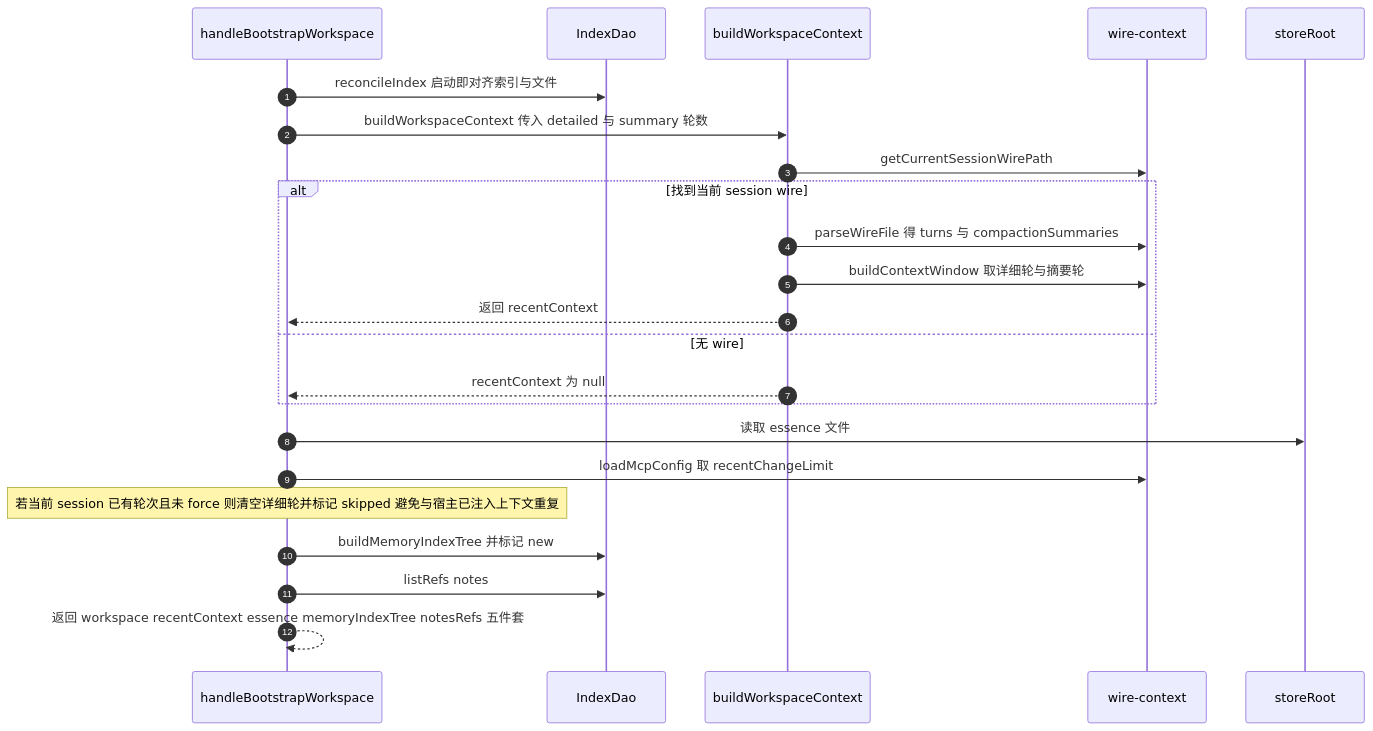
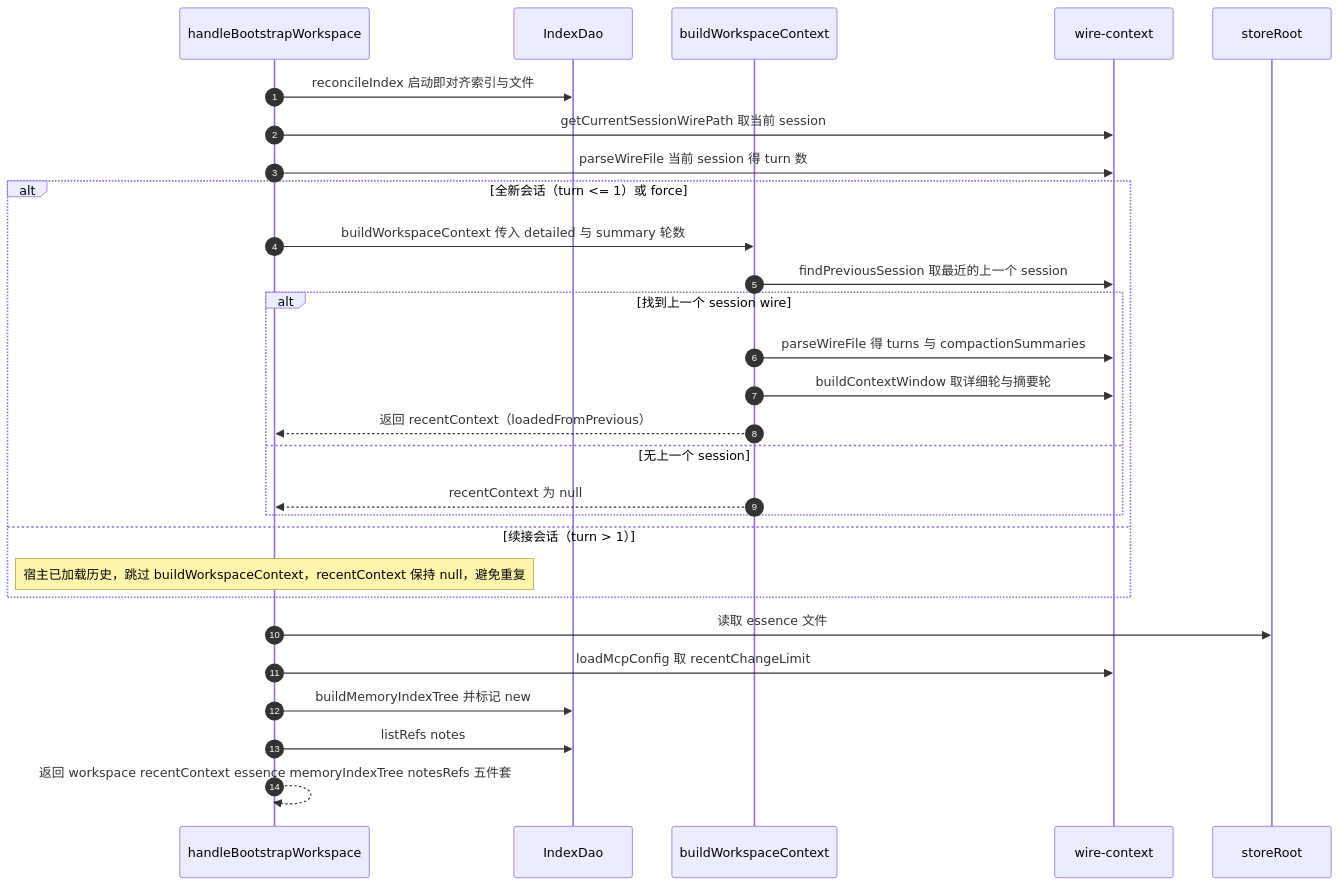
One commit to Zehee/kimi-code-memory-mcp-server changed the ninth of 15 diagrams in docs/flow-charts.zh-CN.md. Above: the diagram before and after it, drawn with Mermaid. The commit also changed other lines of this file and 15 other files, not shown here.

First line of the commit message:
feat!: resume bootstrap context from previous session; drop load_workspace_context

````diff
--- a/docs/flow-charts.zh-CN.md
+++ b/docs/flow-charts.zh-CN.md
@@ -417,26 +414,31 @@
 ```mermaid
 sequenceDiagram
   autonumber
   participant H as handleBootstrapWorkspace
   participant IDX as IndexDao
   participant BC as buildWorkspaceContext
   participant W as wire-context
   participant FS as storeRoot
 
   H ->> IDX: reconcileIndex 启动即对齐索引与文件
-  H ->> BC: buildWorkspaceContext 传入 detailed 与 summary 轮数
-  BC ->> W: getCurrentSessionWirePath
-  alt 找到当前 session wire
-    BC ->> W: parseWireFile 得 turns 与 compactionSummaries
-    BC ->> W: buildContextWindow 取详细轮与摘要轮
-    BC -->> H: 返回 recentContext
-  else 无 wire
-    BC -->> H: recentContext 为 null
+  H ->> W: getCurrentSessionWirePath 取当前 session
+  H ->> W: parseWireFile 当前 session 得 turn 数
+  alt 全新会话（turn <= 1）或 force
+    H ->> BC: buildWorkspaceContext 传入 detailed 与 summary 轮数
+    BC ->> W: findPreviousSession 取最近的上一个 session
+    alt 找到上一个 session wire
+      BC ->> W: parseWireFile 得 turns 与 compactionSummaries
+      BC ->> W: buildContextWindow 取详细轮与摘要轮
+      BC -->> H: 返回 recentContext（loadedFromPrevious）
+    else 无上一个 session
+      BC -->> H: recentContext 为 null
+    end
+  else 续接会话（turn > 1）
+    Note over H: 宿主已加载历史，跳过 buildWorkspaceContext，recentContext 保持 null，避免重复
   end
   H ->> FS: 读取 essence 文件
   H ->> W: loadMcpConfig 取 recentChangeLimit
-  Note over H: 若当前 session 已有轮次且未 force 则清空详细轮并标记 skipped 避免与宿主已注入上下文重复
   H ->> IDX: buildMemoryIndexTree 并标记 new
   H ->> IDX: listRefs notes
   H -->> H: 返回 workspace recentContext essence memoryIndexTree notesRefs 五件套
 ```
````
